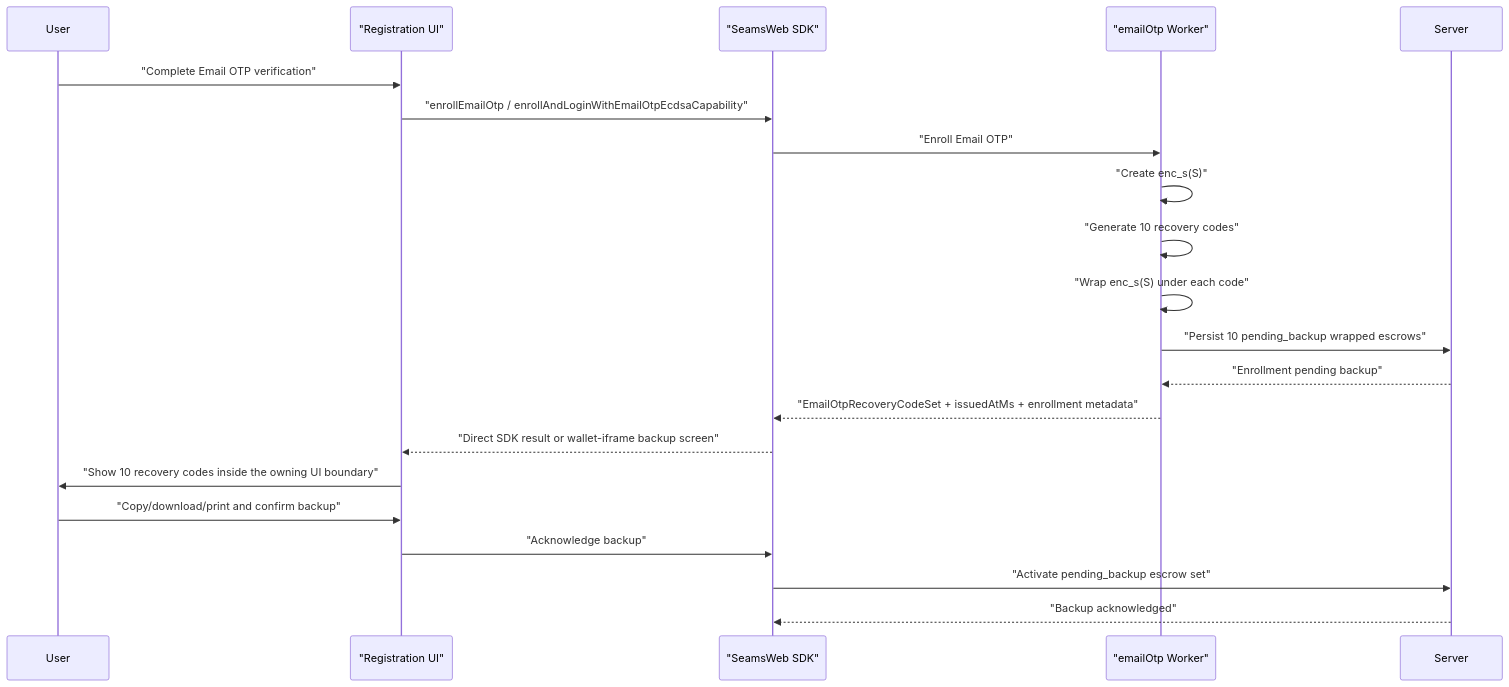
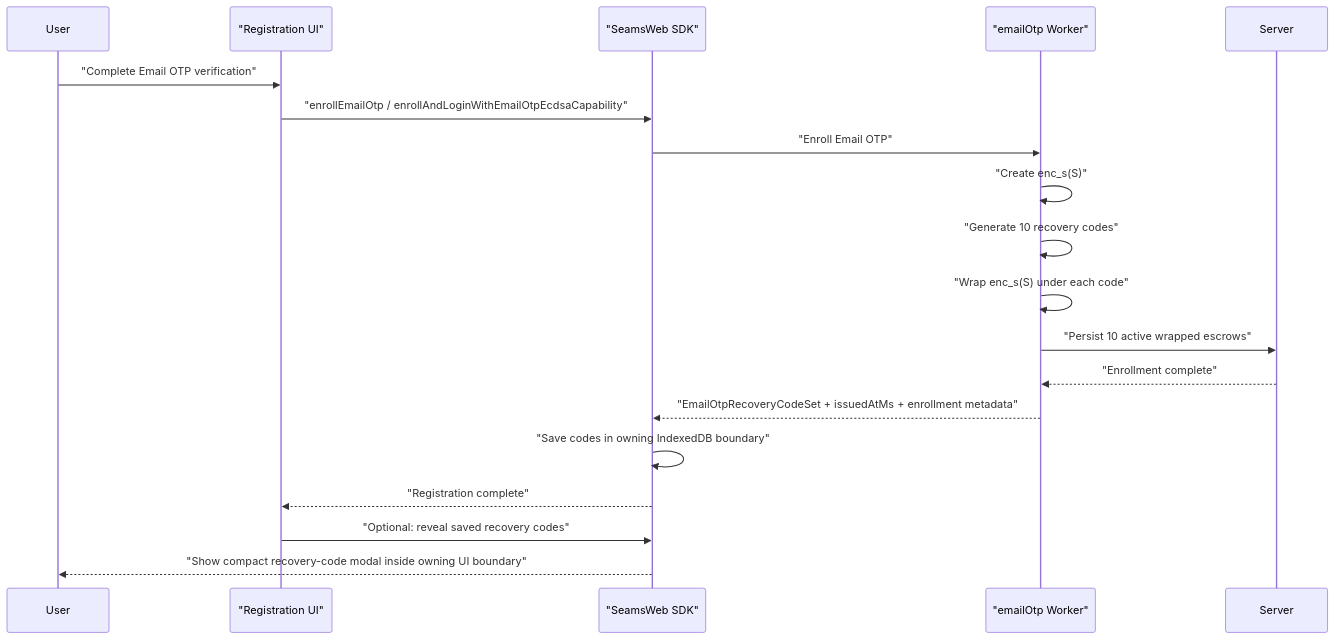
The diagram in docs/refactor-57-otp-recovery-codes-ui.md (seams-tech/seams-sdk), drawn with Mermaid before and after one commit. The commit also changed other lines of this file and 38 other files, not shown here.

Commit message:
Persist Email OTP recovery codes for profile menu

````diff
--- a/docs/refactor-57-otp-recovery-codes-ui.md
+++ b/docs/refactor-57-otp-recovery-codes-ui.md
@@ -171,24 +145,22 @@
 ```mermaid
 sequenceDiagram
   participant User
   participant UI as "Registration UI"
   participant SDK as "SeamsWeb SDK"
   participant Worker as "emailOtp Worker"
   participant Server
 
   User->>UI: "Complete Email OTP verification"
   UI->>SDK: "enrollEmailOtp / enrollAndLoginWithEmailOtpEcdsaCapability"
   SDK->>Worker: "Enroll Email OTP"
   Worker->>Worker: "Create enc_s(S)"
   Worker->>Worker: "Generate 10 recovery codes"
   Worker->>Worker: "Wrap enc_s(S) under each code"
-  Worker->>Server: "Persist 10 pending_backup wrapped escrows"
-  Server-->>Worker: "Enrollment pending backup"
+  Worker->>Server: "Persist 10 active wrapped escrows"
+  Server-->>Worker: "Enrollment complete"
   Worker-->>SDK: "EmailOtpRecoveryCodeSet + issuedAtMs + enrollment metadata"
-  SDK-->>UI: "Direct SDK result or wallet-iframe backup screen"
-  UI->>User: "Show 10 recovery codes inside the owning UI boundary"
-  User->>UI: "Copy/download/print and confirm backup"
-  UI->>SDK: "Acknowledge backup"
-  SDK->>Server: "Activate pending_backup escrow set"
-  Server-->>SDK: "Backup acknowledged"
+  SDK->>SDK: "Save codes in owning IndexedDB boundary"
+  SDK-->>UI: "Registration complete"
+  UI->>SDK: "Optional: reveal saved recovery codes"
+  SDK-->>User: "Show compact recovery-code modal inside owning UI boundary"
 ```
````
